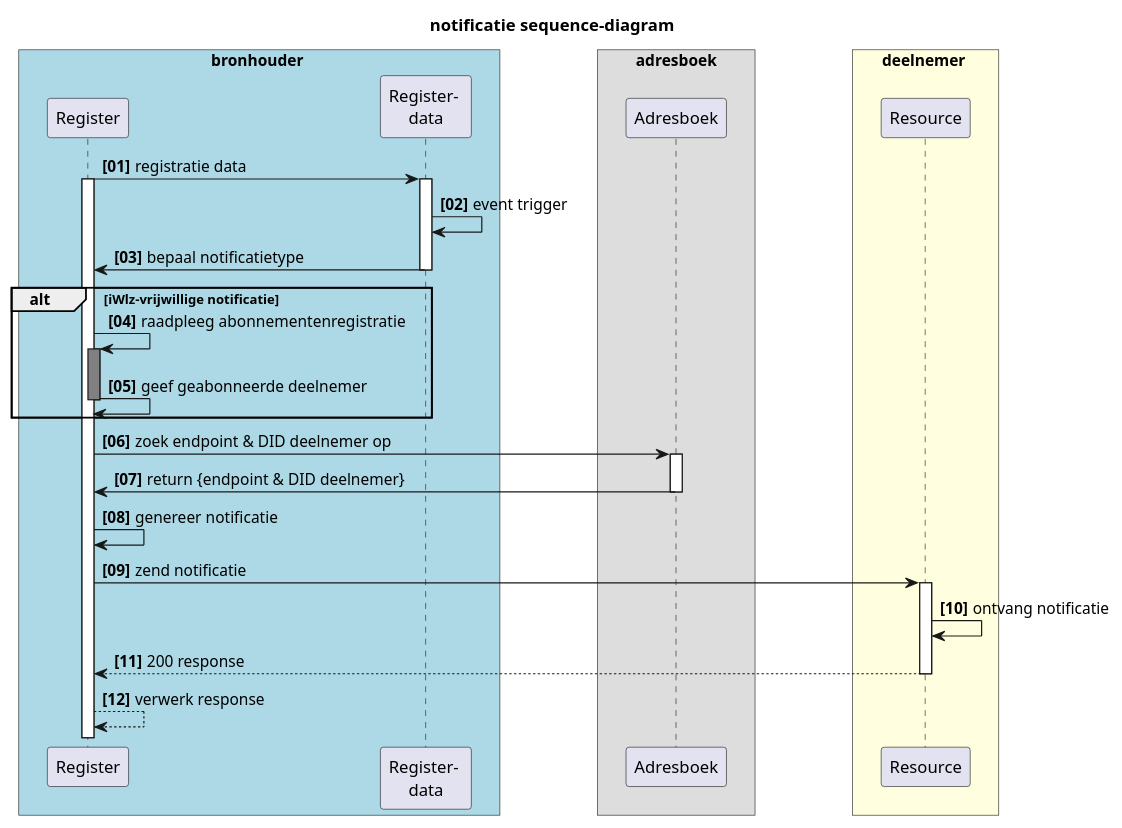
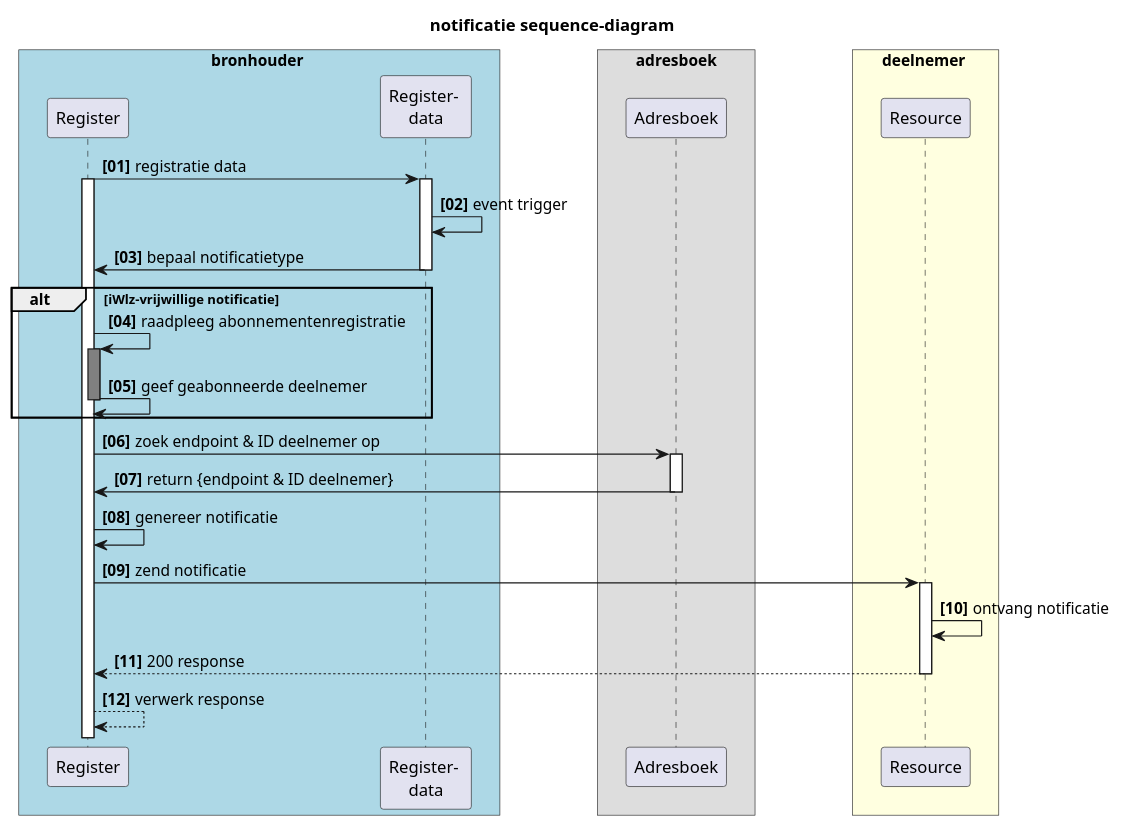
Before and after one commit to iStandaarden/iWlz-RequestForComment: the diagram in plantUMLsrc/rfc0008-02-notificatie_sequence.puml, drawn with PlantUML. The commit also changed other lines of this file and 1 other file, not shown here.

```diff
--- a/plantUMLsrc/rfc0008-02-notificatie_sequence.puml
+++ b/plantUMLsrc/rfc0008-02-notificatie_sequence.puml
@@ -2,47 +1,47 @@
-  @startuml rfc008-02-notificatie_sequence
+@startuml rfc008-02-notificatie_sequence
   title notificatie sequence-diagram
   skinparam handwritten false
   skinparam participantpadding 20
   skinparam boxpadding 40
   autonumber "<b>[00]"
   box bronhouder #lightblue
   participant "Register" as bs
   participant "Register- \ndata" as rg
   end box
 
   box adresboek
   participant "Adresboek" as ab
   end box
 
   box deelnemer #lightyellow
   participant "Resource" as dnp
   end box
 
     bs -> rg : registratie data
     activate rg
     activate bs
     rg -> rg: event trigger
     rg -> bs : bepaal notificatietype
     deactivate rg
 
       alt iWlz-vrijwillige notificatie
       bs -> bs: raadpleeg abonnementenregistratie
       activate bs #grey
       bs -> bs: geef geabonneerde deelnemer
       deactivate bs
       end 
 
-    bs -> ab: zoek endpoint & DID deelnemer op
+    bs -> ab: zoek endpoint & ID deelnemer op
 
     activate ab
-    ab -> bs: return {endpoint & DID deelnemer}
+    ab -> bs: return {endpoint & ID deelnemer}
     deactivate ab
     bs -> bs: genereer notificatie
     bs -> dnp: zend notificatie
     activate dnp
     dnp -> dnp: ontvang notificatie
     dnp --> bs: 200 response
     deactivate dnp  
     bs --> bs: verwerk response
 
   @enduml
```
